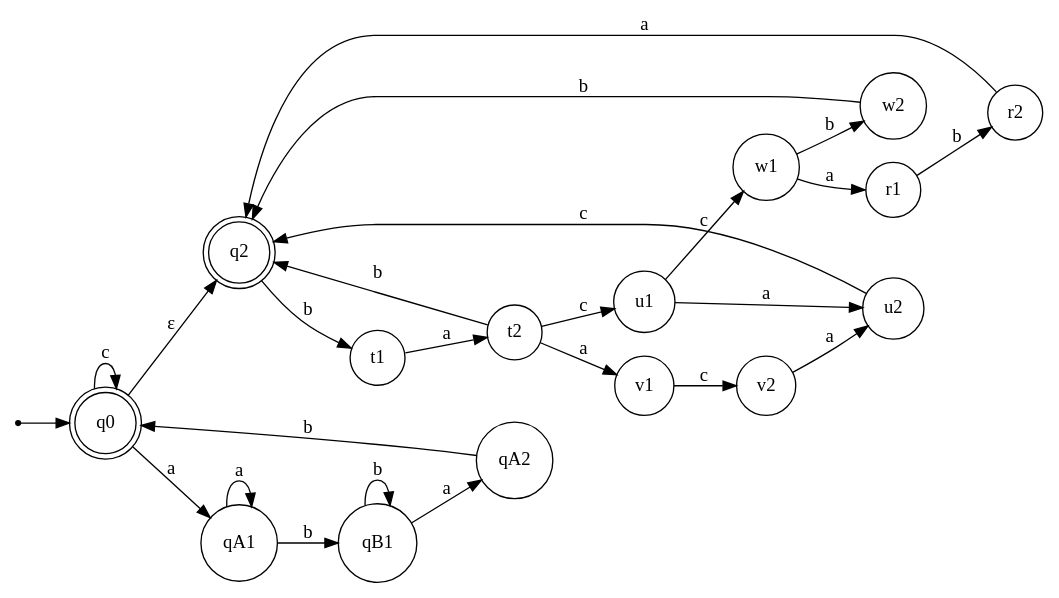
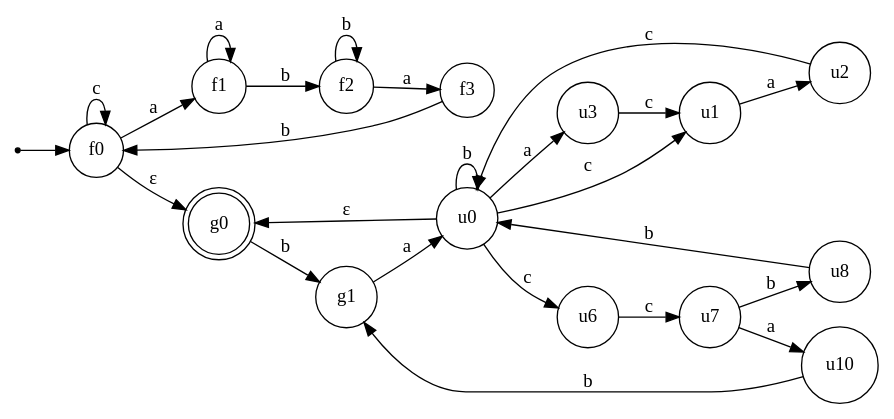
The diagram in lab2/nka.dot (grilzzz/tfl), drawn with Graphviz before and after one commit. The commit also changed 1 other file, not shown here.

```diff
--- a/lab2/nka.dot
+++ b/lab2/nka.dot
@@ -1,44 +1,80 @@
 digraph NFA {
-  rankdir=LR;
-  node [shape=circle];
+    rankdir=LR;
+    node [shape=circle];
 
-  start [shape=point, label=""];
-  q0 [shape=doublecircle, label="q0"]; 
-  q2 [shape=doublecircle, label="q2"]; 
+    // Стартовая точка
+    start [shape=point];
+    start -> f0;
 
-  qA1; qB1; qA2;
-  t1; t2; u1; u2; w1; w2; r1; r2; v1; v2;
+    // ===== Часть F = (aa*bb*ab | c*)* =====
+    // Реализуем как c*(A c*)*, где A = aa*bb*ab
 
-  start -> q0;
-  q0 -> q2 [label="ε"];
+    f0 [label="f0"];
+    f1 [label="f1"];
+    f2 [label="f2"];
+    f3 [label="f3"];
 
-  q0 -> q0 [label="c"];
+    // c* в начале и между блоками A
+    f0 -> f0 [label="c"];
 
-  q0  -> qA1 [label="a"];
-  qA1 -> qA1 [label="a"];
-  qA1 -> qB1 [label="b"];
-  qB1 -> qB1 [label="b"];
-  qB1 -> qA2 [label="a"];
-  qA2 -> q0  [label="b"];
+    // A = a a* b b* a b
+    f0 -> f1 [label="a"];      // первый 'a'
+    f1 -> f1 [label="a"];      // a*
+    f1 -> f2 [label="b"];      // первый 'b'
+    f2 -> f2 [label="b"];      // b*
+    f2 -> f3 [label="a"];      // 'a' перед концом
+    f3 -> f0 [label="b"];      // завершающий 'b' блока A, возврат в f0
 
-  q2 -> t1 [label="b"];
-  t1 -> t2 [label="a"];
+    // ===== Переход от F к G по конкатенации F G =====
+    f0 -> g0 [label="ε"];
 
-  t2 -> q2 [label="b"];
+    // ===== Часть G = (ba(b | (c | ac)ac | cc(bb | aba))*)* =====
 
-  t2 -> u1 [label="c"];
-  u1 -> u2 [label="a"];
-  u2 -> q2 [label="c"];
+    // g0 — начало второй части и глобальное завершающее состояние
+    g0 [shape=doublecircle, label="g0"];
+    g1 [label="g1"];
 
-  t2 -> v1 [label="a"];
-  v1 -> v2 [label="c"];
-  v2 -> u2 [label="a"];
+    // Префикс "ba"
+    g0 -> g1 [label="b"];
+    g1 -> u0 [label="a"];
 
-  u1 -> w1 [label="c"];
-  w1 -> w2 [label="b"];
-  w2 -> q2 [label="b"];
+    // u0 — "между блоками" в X*, X = b | cac | acac | ccbb | ccaba
+    u0  [label="u0"];
+    u1  [label="u1"];
+    u2  [label="u2"];
+    u3  [label="u3"];
+    u6  [label="u6"];
+    u7  [label="u7"];   // объединённые бывшие u7 и u9
+    u8  [label="u8"];
+    u10 [label="u10"];
 
-  w1 -> r1 [label="a"];
-  r1 -> r2 [label="b"];
-  r2 -> q2 [label="a"];
+    // После завершения блока "ba X*" — ε назад в g0 (звезда по T = ba X*)
+    u0 -> g0 [label="ε"];
+
+    // ---- X* : b | cac | acac | ccbb | ccaba ----
+
+    // 1) "b"
+    u0 -> u0 [label="b"];
+
+    // 2) "cac"
+    u0 -> u1 [label="c"];
+    u1 -> u2 [label="a"];
+    u2 -> u0 [label="c"];
+
+    // 3) "acac" = 'a' + "cac"
+    u0 -> u3 [label="a"];
+    u3 -> u1 [label="c"];   // дальше общий хвост как в "cac"
+
+    // 4–5) "ccbb" и "ccaba" через общий "cc..."
+    u0 -> u6 [label="c"];        // первая 'c'
+    u6 -> u7 [label="c"];        // вторая 'c'
+
+    // из объединённого состояния после 'cc' читаем либо 'b', либо 'a':
+    // "ccbb"
+    u7 -> u8  [label="b"];
+    u8 -> u0  [label="b"];
+
+    // "ccaba"
+    u7  -> u10 [label="a"];
+    u10 -> g1 [label="b"];
 }
```
